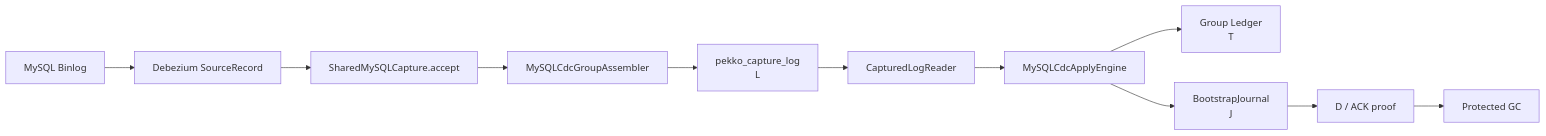
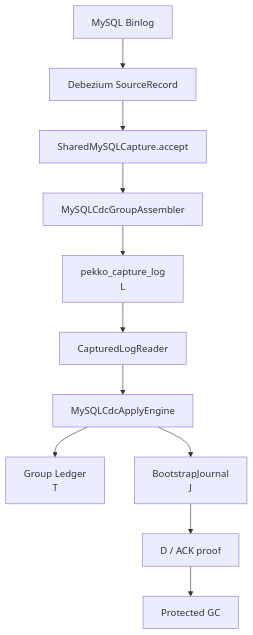
Before and after one commit to Xuxiaotuan/Xuxiaotuan.github.io: the diagram in _posts/pekko/2026-10-18-pekko-cdc-3-mysql-journal-experiment.md, drawn with Mermaid. The commit also changed other lines of this file, not shown here.

Commit message:
docs(pekko-cdc): improve source chain diagram readability

````diff
--- a/_posts/pekko/2026-10-18-pekko-cdc-3-mysql-journal-experiment.md
+++ b/_posts/pekko/2026-10-18-pekko-cdc-3-mysql-journal-experiment.md
@@ -29,13 +29,13 @@
 ```mermaid
-flowchart LR
+flowchart TD
     MySQL["MySQL Binlog"] --> Debezium["Debezium SourceRecord"]
     Debezium --> Callback["SharedMySQLCapture.accept"]
     Callback --> Assemble["MySQLCdcGroupAssembler"]
     Assemble --> L["pekko_capture_log<br/>L"]
     L --> Reader["CapturedLogReader"]
     Reader --> Sink["MySQLCdcApplyEngine"]
     Sink --> Ledger["Group Ledger<br/>T"]
     Sink --> Journal["BootstrapJournal<br/>J"]
     Journal --> D["D / ACK proof"]
     D --> GC["Protected GC"]
 ```
````
